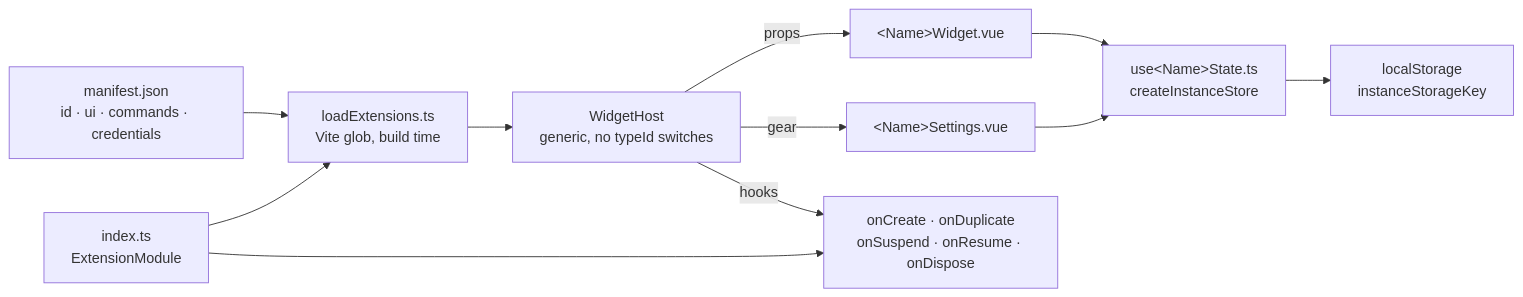
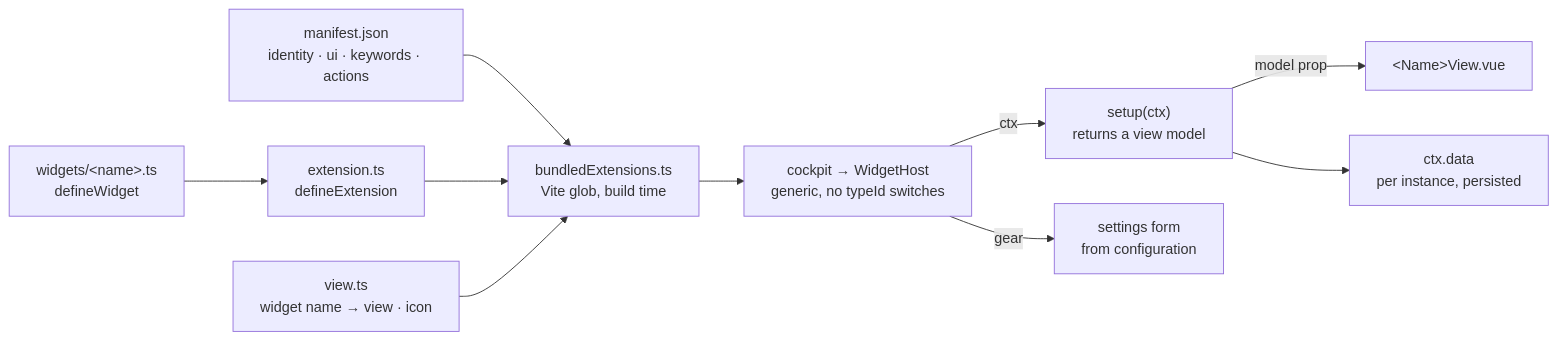
Before and after one commit to kavibay/kavibay: the diagram in docs/extensions.md, drawn with Mermaid. The commit also changed other lines of this file and 8 other files, not shown here.

First line of the commit message:
docs(extensions): teach the contract format in the widget tutorial (#50)

````diff
--- a/docs/extensions.md
+++ b/docs/extensions.md
@@ -37,13 +37,12 @@
 ```mermaid
 flowchart LR
-    m["manifest.json<br/>id · ui · commands · credentials"] --> reg["loadExtensions.ts<br/>Vite glob, build time"]
-    idx["index.ts<br/>ExtensionModule"] --> reg
-    reg --> host["WidgetHost<br/>generic, no typeId switches"]
-    host -- "props" --> w["&lt;Name&gt;Widget.vue"]
-    host -- "gear" --> s["&lt;Name&gt;Settings.vue"]
-    host -- "hooks" --> hooks["onCreate · onDuplicate<br/>onSuspend · onResume · onDispose"]
-    idx --> hooks
-    w --> store["use&lt;Name&gt;State.ts<br/>createInstanceStore"]
-    s --> store
-    store --> ls["localStorage<br/>instanceStorageKey"]
+    m["manifest.json<br/>identity · ui · keywords · actions"] --> disc["bundledExtensions.ts<br/>Vite glob, build time"]
+    ext["extension.ts<br/>defineExtension"] --> disc
+    view["view.ts<br/>widget name → view · icon"] --> disc
+    def["widgets/&lt;name&gt;.ts<br/>defineWidget"] --> ext
+    disc --> host["cockpit → WidgetHost<br/>generic, no typeId switches"]
+    host -- "ctx" --> setup["setup(ctx)<br/>returns a view model"]
+    setup -- "model prop" --> vue["&lt;Name&gt;View.vue"]
+    host -- "gear" --> form["settings form<br/>from configuration"]
+    setup --> data["ctx.data<br/>per instance, persisted"]
 ```
````
